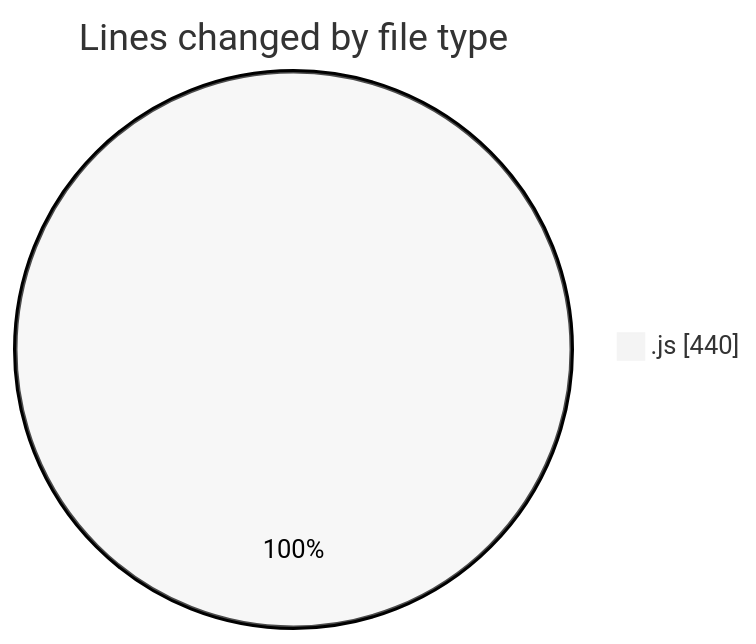
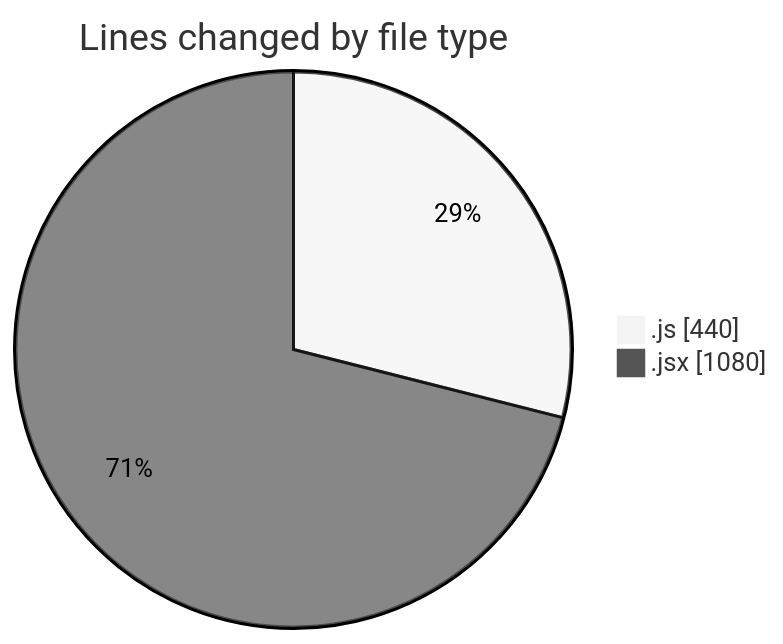
The first of 2 diagrams in 2025-12-01/nxtqube_webapp/README.md (nxtqubesakshisongat/code-tracking), drawn with Mermaid (neutral theme) before and after one commit. The commit also changed other lines of this file and 1 other file, not shown here.

````diff
--- a/2025-12-01/nxtqube_webapp/README.md
+++ b/2025-12-01/nxtqube_webapp/README.md
@@ -21,5 +22,6 @@
 ```mermaid
 pie showData
 title Lines changed by file type
 ".js" : 440
+".jsx" : 1080
 ```
````
